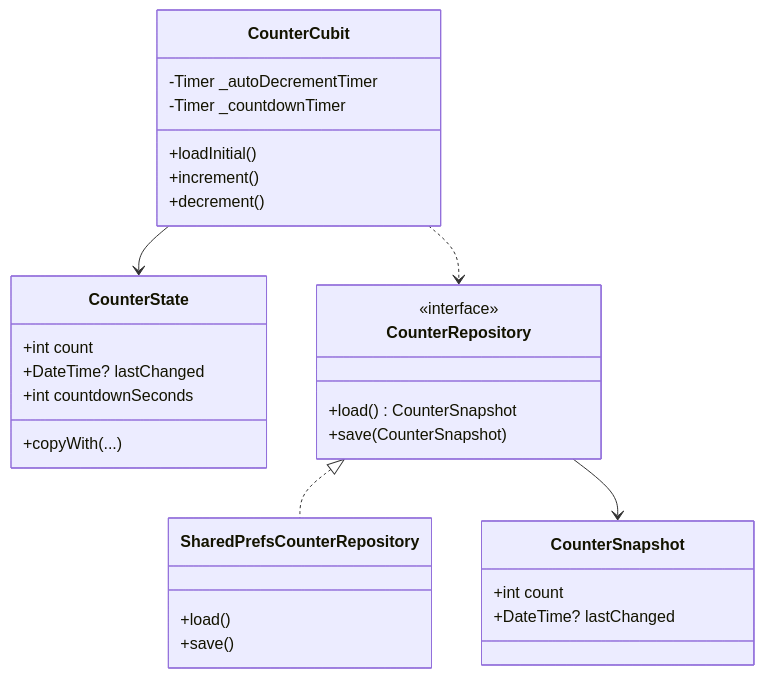
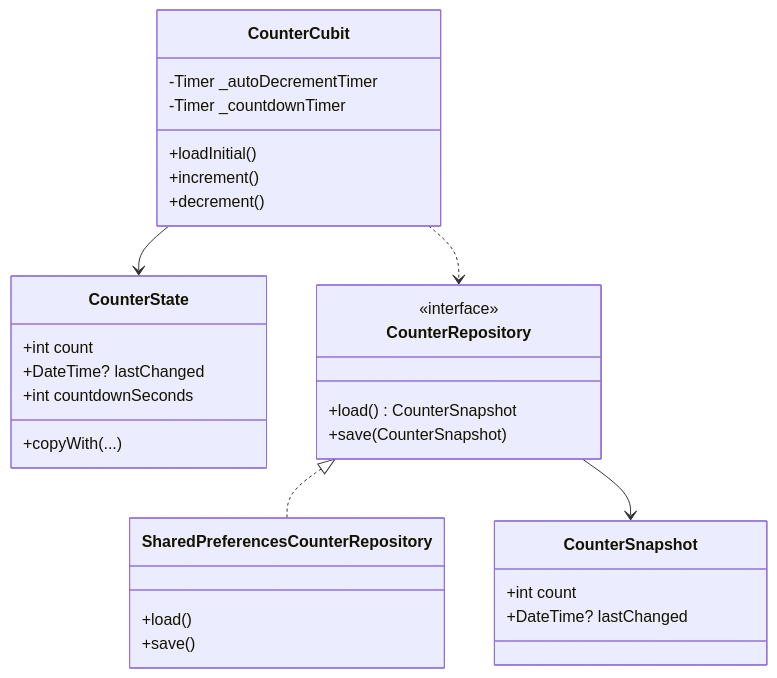
One commit to redjadet/flutter_bloc_app changed the third of 3 diagrams in README.md. Above: the diagram before and after it, drawn with Mermaid. The commit also changed other lines of this file and 10 other files, not shown here.

````diff
--- a/README.md
+++ b/README.md
@@ -95,38 +95,38 @@
 ```mermaid
 classDiagram
   class CounterCubit {
     -Timer _autoDecrementTimer
     -Timer _countdownTimer
     +loadInitial()
     +increment()
     +decrement()
   }
 
   class CounterState {
     +int count
     +DateTime? lastChanged
     +int countdownSeconds
     +copyWith(...)
   }
 
   class CounterRepository {
     <<interface>>
     +load() CounterSnapshot
     +save(CounterSnapshot)
   }
 
   class CounterSnapshot {
     +int count
     +DateTime? lastChanged
   }
 
-  class SharedPrefsCounterRepository {
+  class SharedPreferencesCounterRepository {
     +load()
     +save()
   }
 
   CounterCubit --> CounterState
   CounterCubit ..> CounterRepository
-  CounterRepository <|.. SharedPrefsCounterRepository
+  CounterRepository <|.. SharedPreferencesCounterRepository
   CounterRepository --> CounterSnapshot
 ```
````
